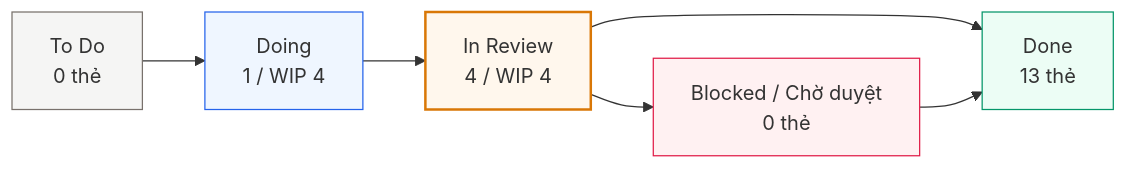
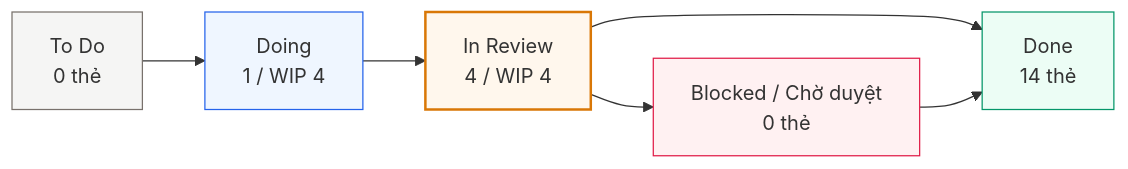
The diagram in kanban/README.md (admatrixorg/goso), drawn with Mermaid before and after one commit. The commit also changed other lines of this file and 4 other files, not shown here.

Commit message:
docs: thẻ của PR bảng việc sang Done trước khi gộp

````diff
--- a/kanban/README.md
+++ b/kanban/README.md
@@ -23,13 +23,13 @@
 ```mermaid
 flowchart LR
   TODO["To Do\n0 thẻ"] --> DOING["Doing\n1 / WIP 4"]
   DOING --> REVIEW["In Review\n4 / WIP 4"]
   REVIEW --> BLOCKED["Blocked / Chờ duyệt\n0 thẻ"]
-  REVIEW --> DONE["Done\n13 thẻ"]
+  REVIEW --> DONE["Done\n14 thẻ"]
   BLOCKED --> DONE
   style REVIEW fill:#fff7ed,stroke:#d97706,stroke-width:2px
   style BLOCKED fill:#fff1f2,stroke:#e11d48
   style DONE fill:#ecfdf5,stroke:#059669
   style DOING fill:#eff6ff,stroke:#2563eb
   style TODO fill:#f5f5f4,stroke:#78716c
 ```
````
